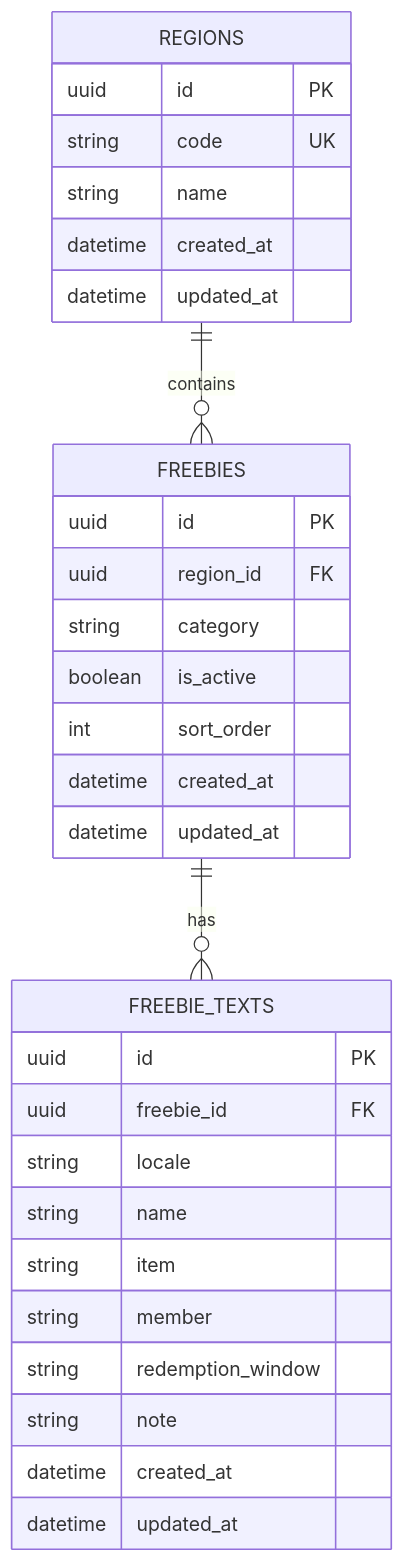
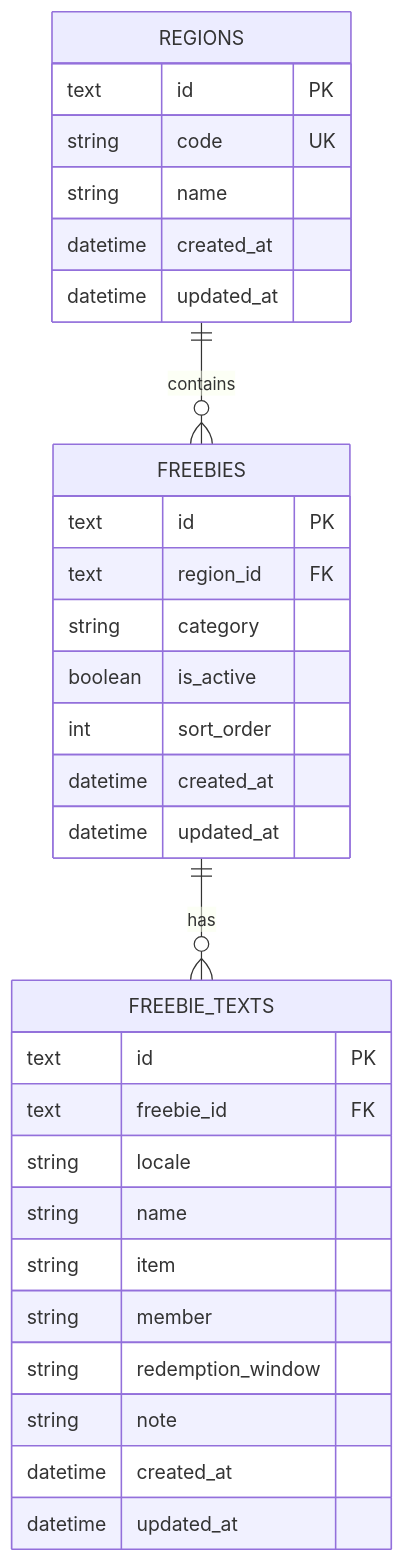
Before and after one commit to SunnyORZ030/Birthday_Freebies: the diagram in docs/database-design.md, drawn with Mermaid. The commit also changed other lines of this file and 14 other files, not shown here.

````diff
--- a/docs/database-design.md
+++ b/docs/database-design.md
@@ -17,36 +18,36 @@
 ```mermaid
 erDiagram
   REGIONS ||--o{ FREEBIES : contains
   FREEBIES ||--o{ FREEBIE_TEXTS : has
 
   REGIONS {
-    uuid id PK
+    text id PK
     string code UK
     string name
     datetime created_at
     datetime updated_at
   }
 
   FREEBIES {
-    uuid id PK
-    uuid region_id FK
+    text id PK
+    text region_id FK
     string category
     boolean is_active
     int sort_order
     datetime created_at
     datetime updated_at
   }
 
   FREEBIE_TEXTS {
-    uuid id PK
-    uuid freebie_id FK
+    text id PK
+    text freebie_id FK
     string locale
     string name
     string item
     string member
     string redemption_window
     string note
     datetime created_at
     datetime updated_at
   }
 ```
````
